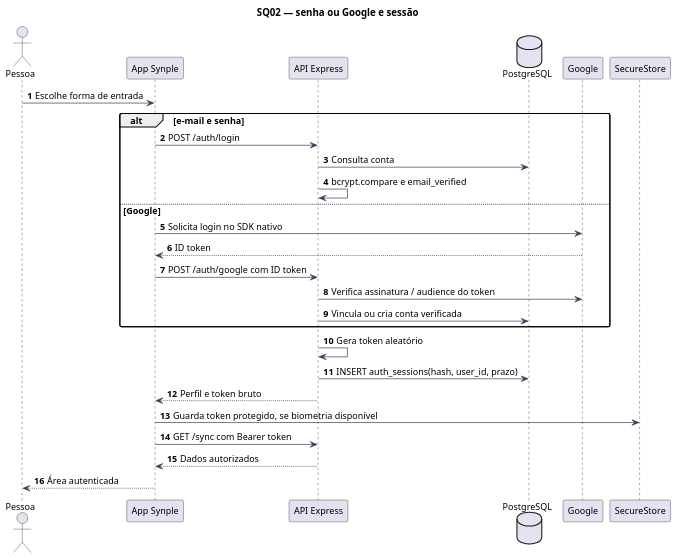
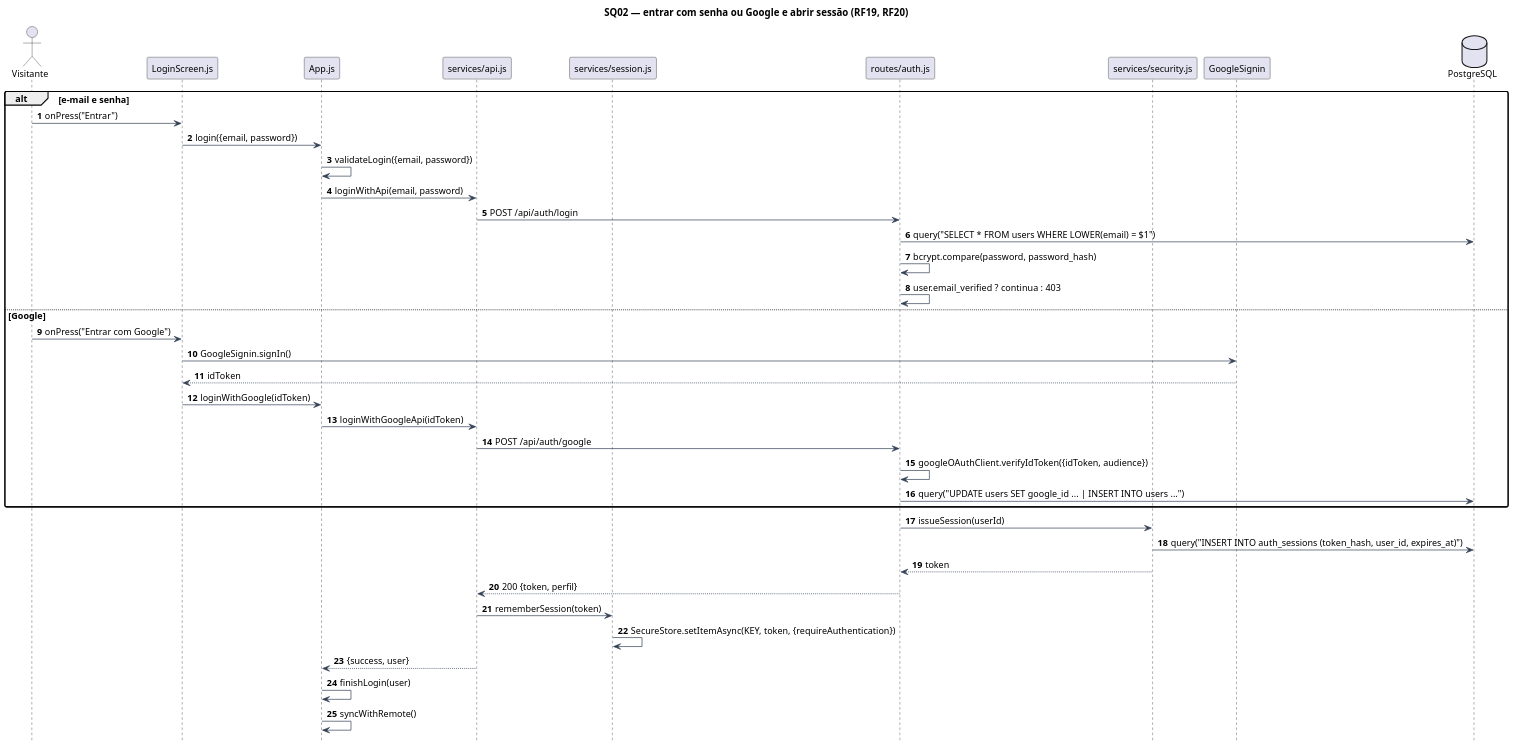
Before and after one commit to skzun/BRTPDS2: the diagram in docs/Diagramas/ENTREGA_DEFINITIVA/fontes/seq-login.puml, drawn with PlantUML. The commit also changed 45 other files, not shown here.

First line of the commit message:
Corrige diagramas e documentação do Incremento 3

```diff
--- a/docs/Diagramas/ENTREGA_DEFINITIVA/fontes/seq-login.puml
+++ b/docs/Diagramas/ENTREGA_DEFINITIVA/fontes/seq-login.puml
@@ -1,39 +1,51 @@
 @startuml
 !pragma layout smetana
 skinparam backgroundColor white
 skinparam shadowing false
 skinparam defaultFontName SansSerif
 skinparam defaultFontSize 13
 skinparam ArrowColor #334155
-skinparam packageStyle rectangle
-skinparam classAttributeIconSize 0
 skinparam roundcorner 5
 skinparam dpi 130
-title SQ02 — senha ou Google e sessão
+skinparam sequenceMessageAlign left
+hide footbox
 autonumber
-actor Pessoa
-participant "App Synple" as App
-participant "API Express" as API
-database PostgreSQL as DB
-participant Google
-participant SecureStore
-Pessoa -> App : Escolhe forma de entrada
+title SQ02 — entrar com senha ou Google e abrir sessão (RF19, RF20)
+actor Visitante as V
+participant "LoginScreen.js" as UI
+participant "App.js" as App
+participant "services/api.js" as Api
+participant "services/session.js" as Ses
+participant "routes/auth.js" as Auth
+participant "services/security.js" as Sec
+participant "GoogleSignin" as G
+database "PostgreSQL" as DB
 alt e-mail e senha
- App -> API : POST /auth/login
- API -> DB : Consulta conta
- API -> API : bcrypt.compare e email_verified
+ V -> UI : onPress("Entrar")
+ UI -> App : login({email, password})
+ App -> App : validateLogin({email, password})
+ App -> Api : loginWithApi(email, password)
+ Api -> Auth : POST /api/auth/login
+ Auth -> DB : query("SELECT * FROM users WHERE LOWER(email) = $1")
+ Auth -> Auth : bcrypt.compare(password, password_hash)
+ Auth -> Auth : user.email_verified ? continua : 403
 else Google
- App -> Google : Solicita login no SDK nativo
- Google --> App : ID token
- App -> API : POST /auth/google com ID token
- API -> Google : Verifica assinatura / audience do token
- API -> DB : Vincula ou cria conta verificada
+ V -> UI : onPress("Entrar com Google")
+ UI -> G : GoogleSignin.signIn()
+ G --> UI : idToken
+ UI -> App : loginWithGoogle(idToken)
+ App -> Api : loginWithGoogleApi(idToken)
+ Api -> Auth : POST /api/auth/google
+ Auth -> Auth : googleOAuthClient.verifyIdToken({idToken, audience})
+ Auth -> DB : query("UPDATE users SET google_id ... | INSERT INTO users ...")
 end
-API -> API : Gera token aleatório
-API -> DB : INSERT auth_sessions(hash, user_id, prazo)
-API --> App : Perfil e token bruto
-App -> SecureStore : Guarda token protegido, se biometria disponível
-App -> API : GET /sync com Bearer token
-API --> App : Dados autorizados
-App --> Pessoa : Área autenticada
+Auth -> Sec : issueSession(userId)
+Sec -> DB : query("INSERT INTO auth_sessions (token_hash, user_id, expires_at)")
+Sec --> Auth : token
+Auth --> Api : 200 {token, perfil}
+Api -> Ses : rememberSession(token)
+Ses -> Ses : SecureStore.setItemAsync(KEY, token, {requireAuthentication})
+Api --> App : {success, user}
+App -> App : finishLogin(user)
+App -> App : syncWithRemote()
 @enduml
```
